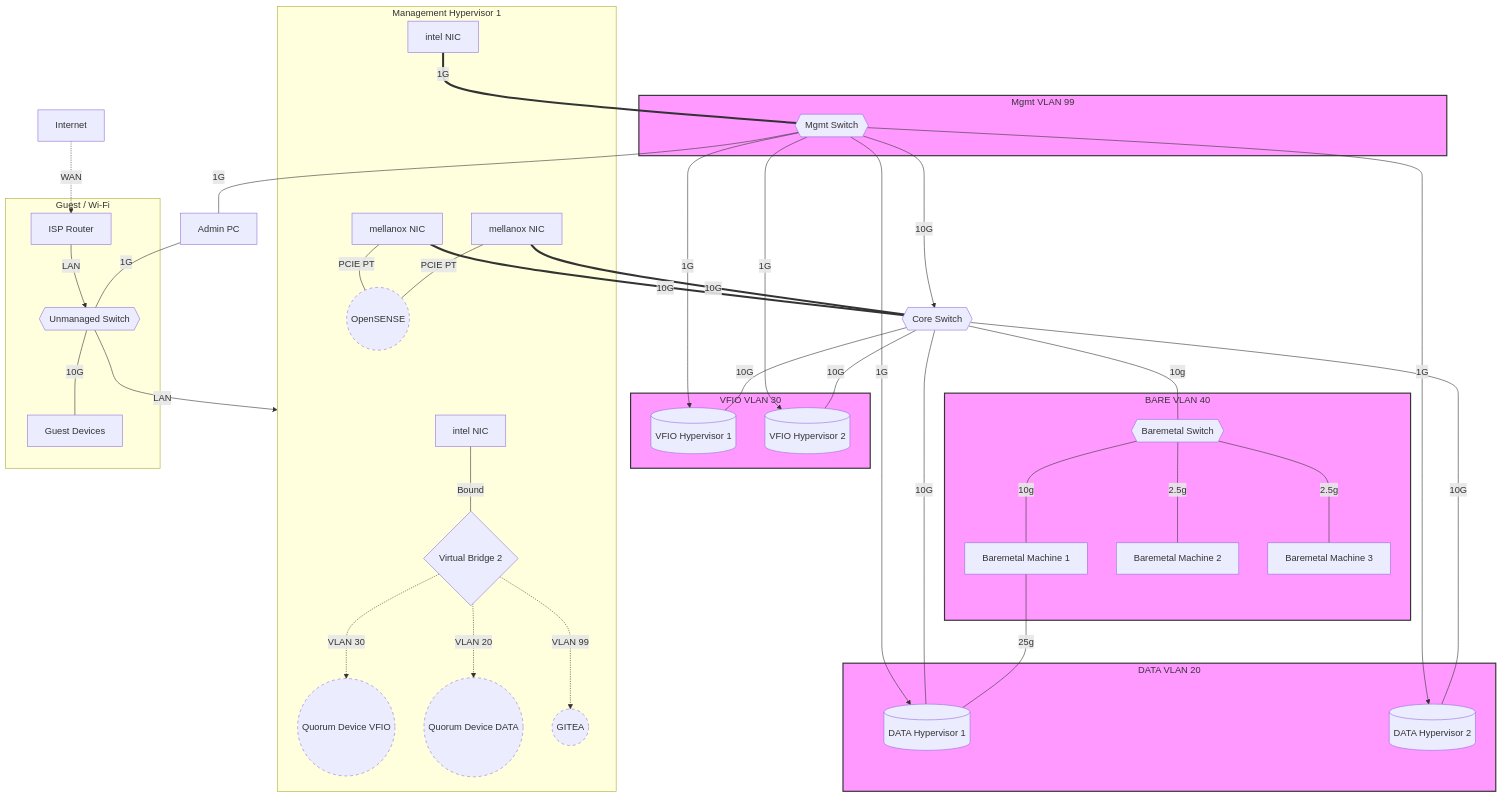
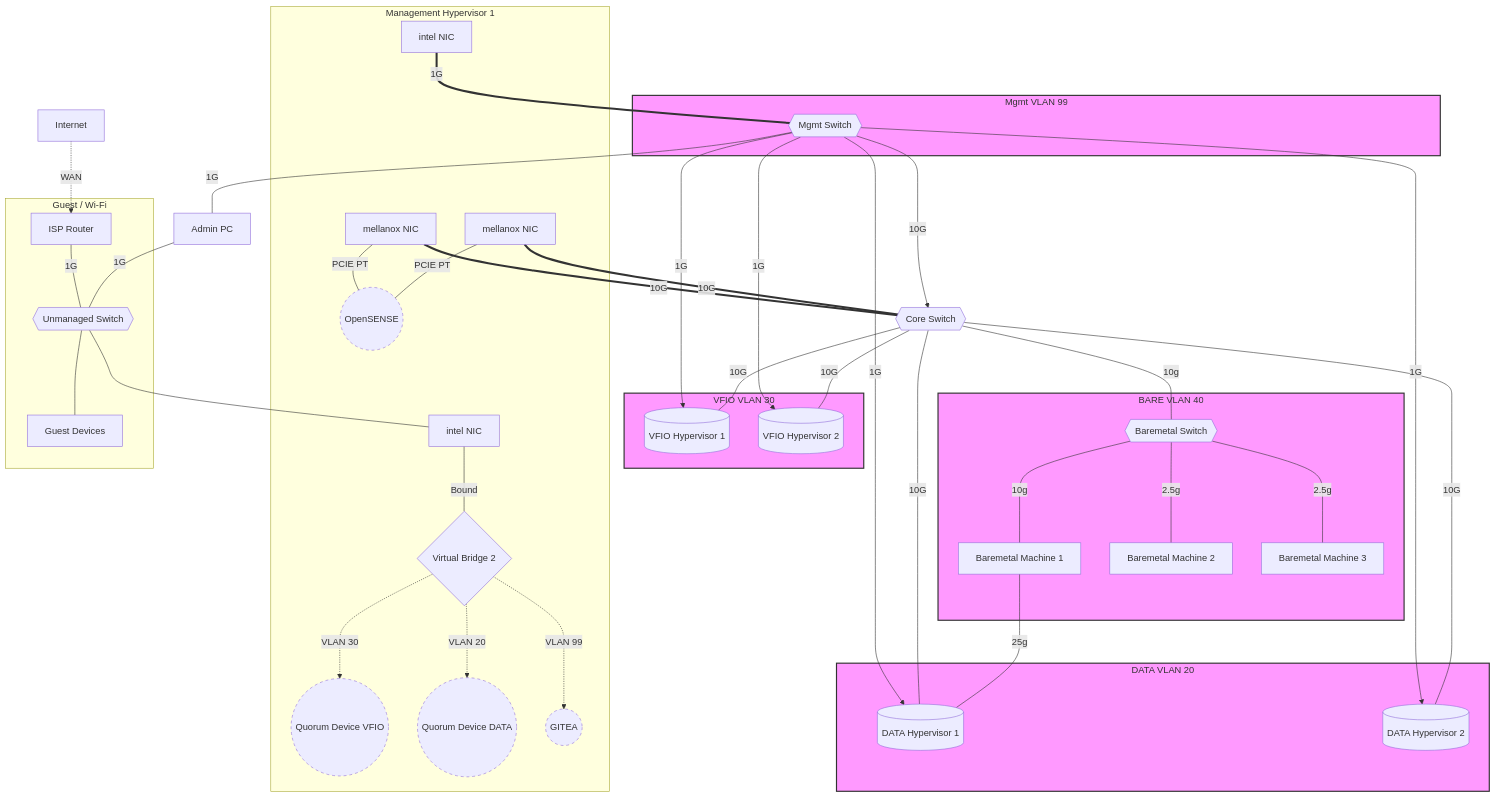
Before and after one commit to woeiru/lab: the diagram in alp/netop.md, drawn with Mermaid.

Commit message:
alp/netop.md: update internet and switch connections

````diff
--- a/alp/netop.md
+++ b/alp/netop.md
@@ -3,78 +3,78 @@
 ```mermaid
 graph TD
     subgraph MH1[Management Hypervisor 1]
         MH1NIC1[intel NIC]
         MH1NIC2[intel NIC]
         MH1NIC3[mellanox NIC]
         MH1NIC4[mellanox NIC]
         MH1NIC3 ---|"PCIE PT"| OPN
         MH1NIC4 ---|"PCIE PT"| OPN
         VB2{Virtual Bridge 2}
         MH1NIC1 ---|"Bound"| VB2
         OPN((OpenSENSE))
         QDV((Quorum Device VFIO))
         QDD((Quorum Device DATA))
         GIT((GITEA))
     end
 
     INT[Internet] -.-> |WAN| ISPR[ISP Router]
-    ISPR --> |LAN| US{{Unmanaged Switch}}
-    US --> |LAN| MH1
-    US ---|"10G"| GD[Guest Devices]
+    ISPR --- |"1G"| US{{Unmanaged Switch}}
+    US --- MH1NIC1
+    US --- GD[Guest Devices]
 
     MS{{Mgmt Switch}} ---|"1G"| APC[Admin PC]
     APC ---|"1G"| US
 
     MH1NIC2 ===|"1G"| MS
     MH1NIC3 ===|"10G"| CS{{Core Switch}}
     MH1NIC4 ===|"10G"| CS{{Core Switch}}
 
     MS --->|"10G"| CS
     MS --->|"1G"| DH1
     MS --->|"1G"| DH2
     MS --->|"1G"| VH1
     MS --->|"1G"| VH2
 
     CS ---|"10G"| DH1[(DATA Hypervisor 1)]
     CS ---|"10G"| DH2[(DATA Hypervisor 2)]
     CS ---|"10G"| VH1[(VFIO Hypervisor 1)]
     CS ---|"10G"| VH2[(VFIO Hypervisor 2)]
 
     CS ---|"10g"| BMS{{Baremetal Switch}}
     BMS ---|"10g"| BM1[Baremetal Machine 1]
     BM1 ---|"25g"| DH1
     BMS ---|"2.5g"| BM2[Baremetal Machine 2]
     BMS ---|"2.5g"| BM3[Baremetal Machine 3]
 
     subgraph VLAN20 [DATA VLAN 20]
         DH1
         DH2
     end
     subgraph VLAN30 [VFIO VLAN 30]
         VH1
         VH2
     end
     subgraph VLAN40 [BARE VLAN 40]
         BMS
         BM1 
         BM2 
         BM3 
     end
     subgraph VLAN99 [Mgmt VLAN 99]
         MS
     end
     subgraph Guest [Guest / Wi-Fi]
         ISPR
         GD
         US
     end
 
     VB2 -.->|VLAN 20| QDD
     VB2 -.->|VLAN 30| QDV
     VB2 -.->|VLAN 99| GIT
 
     classDef punctuated stroke-dasharray: 5 5;
     class GIT,QDV,QDD,OPN punctuated;
     classDef vlan fill:#f9f,stroke:#333,stroke-width:2px;
     class VLAN20,VLAN30,VLAN40,VLAN99 vlan;
 ```
````
